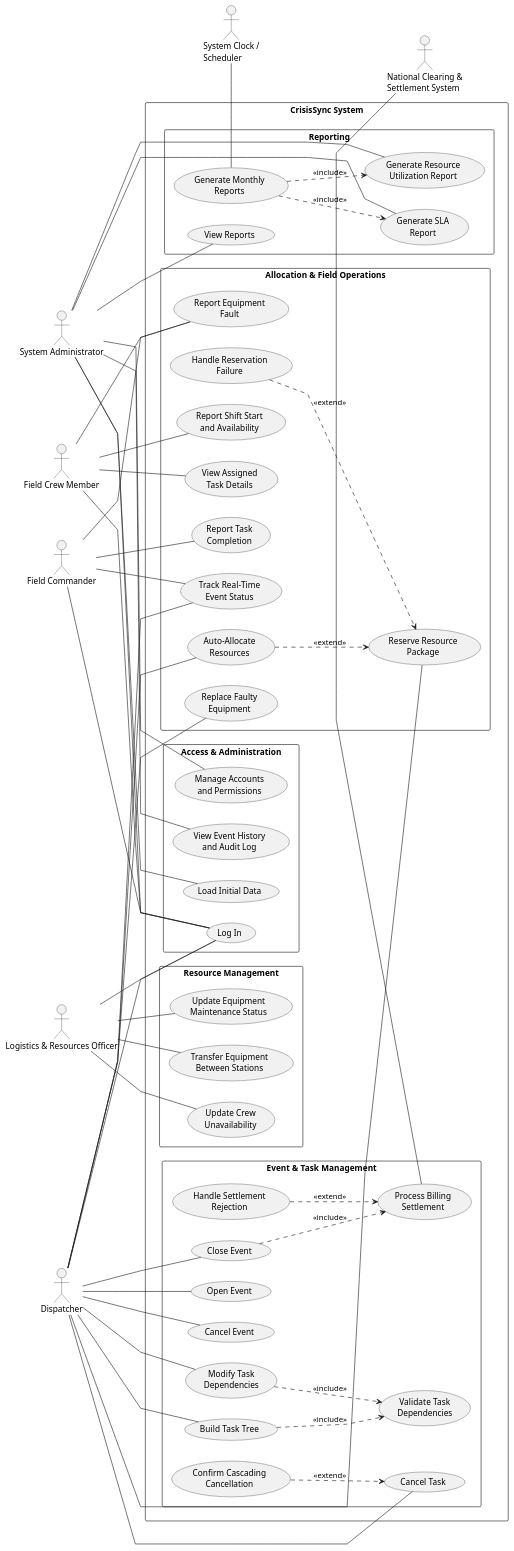
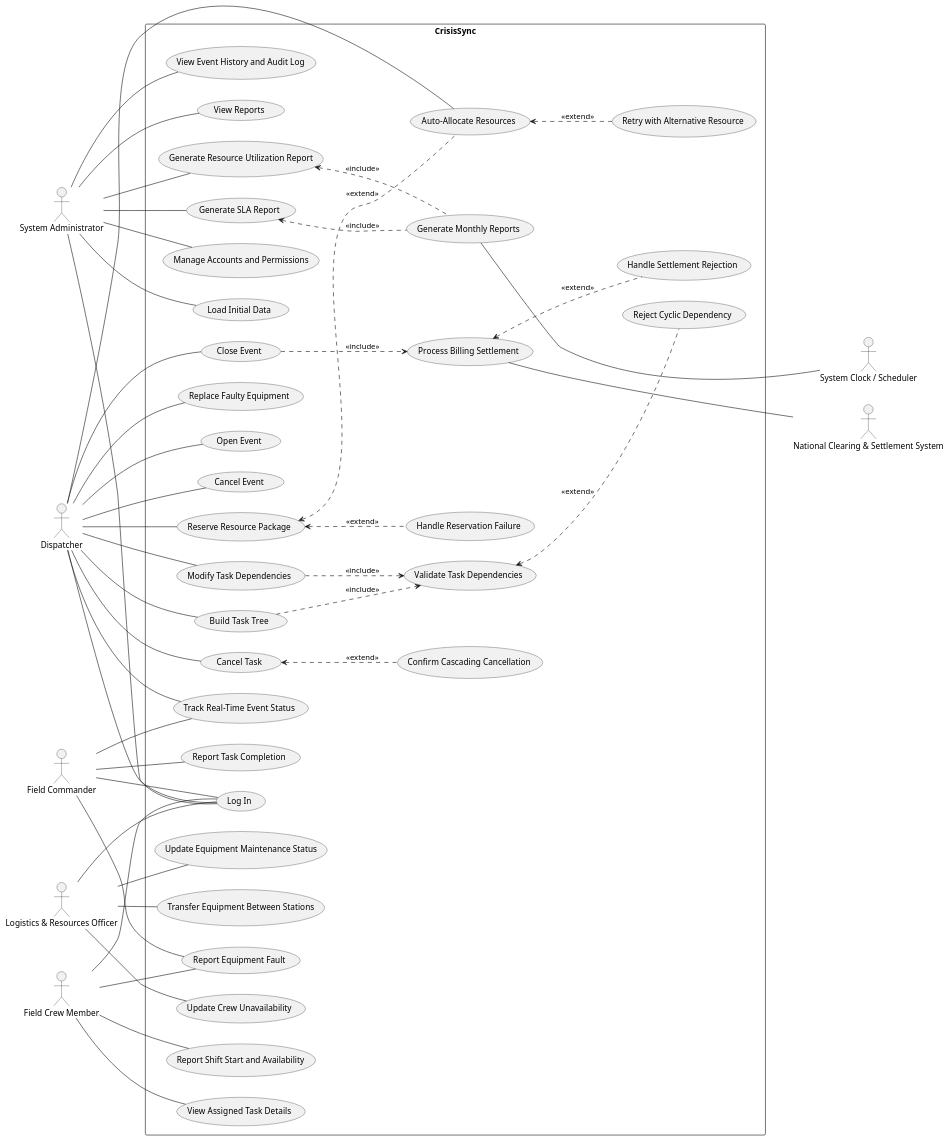
Before and after one commit to EdenKrayniz/CrisisSync-System: the diagram in CrisisSync_Model.puml, drawn with PlantUML. The commit also changed 1 other file, not shown here.

Commit message:
update UML use case-- left to right

```diff
--- a/CrisisSync_Model.puml
+++ b/CrisisSync_Model.puml
@@ -1,168 +1,111 @@
 @startuml
 left to right direction
 
-skinparam packageStyle rectangle
-skinparam shadowing false
-skinparam linetype polyline
-
-' ==========================================
-' PRIMARY ACTORS - HUMAN USERS
-' ==========================================
-
+' HUMAN ACTORS (left side)
 actor "System Administrator" as Admin
 actor "Logistics & Resources Officer" as Logistics
 actor "Dispatcher" as Dispatcher
 actor "Field Commander" as Commander
 actor "Field Crew Member" as Crew
 
-' ==========================================
+' NON-HUMAN ACTORS (right side)
+actor "National Clearing & Settlement System" as Clearing
+actor "System Clock / Scheduler" as Scheduler
+
 ' SYSTEM BOUNDARY
-' ==========================================
+rectangle "CrisisSync" as CrisisSync {
+  usecase "Log In" as UC_Login
+  usecase "Manage Accounts and Permissions" as UC_Accounts
+  usecase "Load Initial Data" as UC_LoadData
+  usecase "View Event History and Audit Log" as UC_Audit
 
-rectangle "CrisisSync System" {
+  usecase "View Reports" as UC_ViewReports
+  usecase "Generate Resource Utilization Report" as UC_Utilization
+  usecase "Generate SLA Report" as UC_SLA
+  usecase "Generate Monthly Reports" as UC_Monthly
 
-  package "Access & Administration" {
-    usecase "Log In" as UC_Login
-    usecase "Manage Accounts\nand Permissions" as UC_Accounts
-    usecase "Load Initial Data" as UC_LoadData
-    usecase "View Event History\nand Audit Log" as UC_Audit
-  }
+  usecase "Update Equipment Maintenance Status" as UC_Maintenance
+  usecase "Transfer Equipment Between Stations" as UC_Transfer
+  usecase "Update Crew Unavailability" as UC_Absence
 
-  package "Resource Management" {
-    usecase "Update Equipment\nMaintenance Status" as UC_Maintenance
-    usecase "Transfer Equipment\nBetween Stations" as UC_Transfer
-    usecase "Update Crew\nUnavailability" as UC_Absence
-  }
+  usecase "Open Event" as UC_Open
+  usecase "Cancel Event" as UC_CancelEvent
+  usecase "Build Task Tree" as UC_TaskTree
+  usecase "Modify Task Dependencies" as UC_ModDeps
+  usecase "Validate Task Dependencies" as UC_ValidateDeps
+  usecase "Reject Cyclic Dependency" as UC_RejectCycle
+  usecase "Cancel Task" as UC_CancelTask
+  usecase "Confirm Cascading Cancellation" as UC_Cascade
+  usecase "Close Event" as UC_Close
+  usecase "Process Billing Settlement" as UC_Settlement
+  usecase "Handle Settlement Rejection" as UC_SettlementFail
 
-  package "Event & Task Management" {
-    usecase "Open Event" as UC_Open
-    usecase "Cancel Event" as UC_CancelEvent
-    usecase "Build Task Tree" as UC_TaskTree
-    usecase "Modify Task\nDependencies" as UC_ModDeps
-    usecase "Validate Task\nDependencies" as UC_ValidateDeps
-    usecase "Cancel Task" as UC_CancelTask
-    usecase "Confirm Cascading\nCancellation" as UC_Cascade
-    usecase "Close Event" as UC_Close
-    usecase "Process Billing\nSettlement" as UC_Settlement
-    usecase "Handle Settlement\nRejection" as UC_SettlementFail
-  }
-
-  package "Allocation & Field Operations" {
-    usecase "Reserve Resource\nPackage" as UC_Reserve
-    usecase "Auto-Allocate\nResources" as UC_Auto
-    usecase "Handle Reservation\nFailure" as UC_ReserveFail
-    usecase "Replace Faulty\nEquipment" as UC_Replace
-    usecase "Track Real-Time\nEvent Status" as UC_Track
-    usecase "Report Task\nCompletion" as UC_Complete
-    usecase "Report Equipment\nFault" as UC_Fault
-    usecase "Report Shift Start\nand Availability" as UC_Shift
-    usecase "View Assigned\nTask Details" as UC_ViewTask
-  }
-
-  package "Reporting" {
-    usecase "Generate Monthly\nReports" as UC_Monthly
-    usecase "Generate Resource\nUtilization Report" as UC_Utilization
-    usecase "Generate SLA\nReport" as UC_SLA
-    usecase "View Reports" as UC_ViewReports
-  }
+  usecase "Reserve Resource Package" as UC_Reserve
+  usecase "Auto-Allocate Resources" as UC_Auto
+  usecase "Retry with Alternative Resource" as UC_Retry
+  usecase "Handle Reservation Failure" as UC_ReserveFail
+  usecase "Replace Faulty Equipment" as UC_Replace
+  usecase "Track Real-Time Event Status" as UC_Track
+  usecase "Report Task Completion" as UC_Complete
+  usecase "Report Equipment Fault" as UC_Fault
+  usecase "Report Shift Start and Availability" as UC_Shift
+  usecase "View Assigned Task Details" as UC_ViewTask
 }
 
-' ==========================================
-' SECONDARY ACTORS - EXTERNAL SYSTEMS
-' ==========================================
-
-actor "National Clearing &\nSettlement System" as Clearing
-actor "System Clock /\nScheduler" as Scheduler
-
-' ==========================================
-' AUTHENTICATION
-' ==========================================
-
+' HUMAN ACTOR ASSOCIATIONS (actor written first = actor on the left)
 Admin -- UC_Login
-Logistics -- UC_Login
-Dispatcher -- UC_Login
-Commander -- UC_Login
-Crew -- UC_Login
-
-' ==========================================
-' SYSTEM ADMINISTRATOR
-' ==========================================
-
 Admin -- UC_Accounts
 Admin -- UC_LoadData
 Admin -- UC_Audit
+Admin -- UC_ViewReports
 Admin -- UC_Utilization
 Admin -- UC_SLA
-Admin -- UC_ViewReports
 
-' ==========================================
-' LOGISTICS & RESOURCES OFFICER
-' ==========================================
-
+Logistics -- UC_Login
 Logistics -- UC_Maintenance
 Logistics -- UC_Transfer
 Logistics -- UC_Absence
 
-' ==========================================
-' DISPATCHER
-' ==========================================
-
+Dispatcher -- UC_Login
 Dispatcher -- UC_Open
 Dispatcher -- UC_CancelEvent
 Dispatcher -- UC_TaskTree
 Dispatcher -- UC_ModDeps
 Dispatcher -- UC_CancelTask
 Dispatcher -- UC_Reserve
 Dispatcher -- UC_Auto
 Dispatcher -- UC_Replace
 Dispatcher -- UC_Track
 Dispatcher -- UC_Close
 
-' ==========================================
-' FIELD COMMANDER
-' ==========================================
-
+Commander -- UC_Login
 Commander -- UC_Track
 Commander -- UC_Complete
 Commander -- UC_Fault
 
-' ==========================================
-' FIELD CREW MEMBER
-' ==========================================
-
+Crew -- UC_Login
 Crew -- UC_Shift
 Crew -- UC_ViewTask
 Crew -- UC_Fault
 
-' ==========================================
-' EXTERNAL SYSTEM ASSOCIATIONS
-' ==========================================
+' NON-HUMAN ACTOR ASSOCIATIONS (use case written first = actor on the right)
+' three dashes = longer line, pushes the actor past the boundary
+UC_Settlement --- Clearing
+UC_Monthly --- Scheduler
 
-UC_Settlement -right- Clearing
-UC_Monthly -right- Scheduler
-
-' ==========================================
-' MANDATORY BEHAVIOR - INCLUDE
-' ==========================================
-
+' INCLUDE (arrow: base -> included)
 UC_TaskTree ..> UC_ValidateDeps : <<include>>
 UC_ModDeps ..> UC_ValidateDeps : <<include>>
+UC_Close ..> UC_Settlement : <<include>>
+UC_Utilization <.. UC_Monthly : <<include>>
+UC_SLA <.. UC_Monthly : <<include>>
 
-UC_Close ..> UC_Settlement : <<include>>
-
-UC_Monthly ..> UC_Utilization : <<include>>
-UC_Monthly ..> UC_SLA : <<include>>
-
-' ==========================================
-' CONDITIONAL BEHAVIOR - EXTEND
-' ==========================================
-
-UC_Auto ..> UC_Reserve : <<extend>>
-
-UC_ReserveFail ..> UC_Reserve : <<extend>>
-
-UC_Cascade ..> UC_CancelTask : <<extend>>
-
-UC_SettlementFail ..> UC_Settlement : <<extend>>
+' EXTEND (arrow: extension -> base)
+UC_Reserve <.. UC_Auto : <<extend>>
+UC_Reserve <.. UC_ReserveFail : <<extend>>
+UC_Auto <.. UC_Retry : <<extend>>
+UC_ValidateDeps <.. UC_RejectCycle : <<extend>>
+UC_CancelTask <.. UC_Cascade : <<extend>>
+UC_Settlement <.. UC_SettlementFail : <<extend>>
 
 @enduml
```
